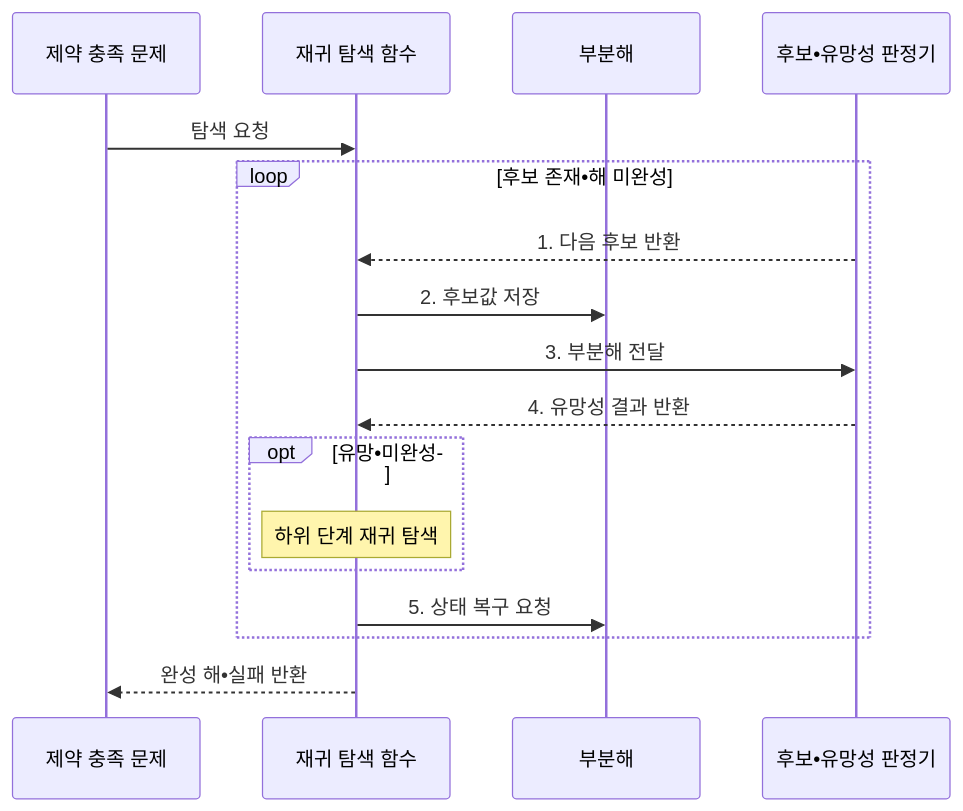
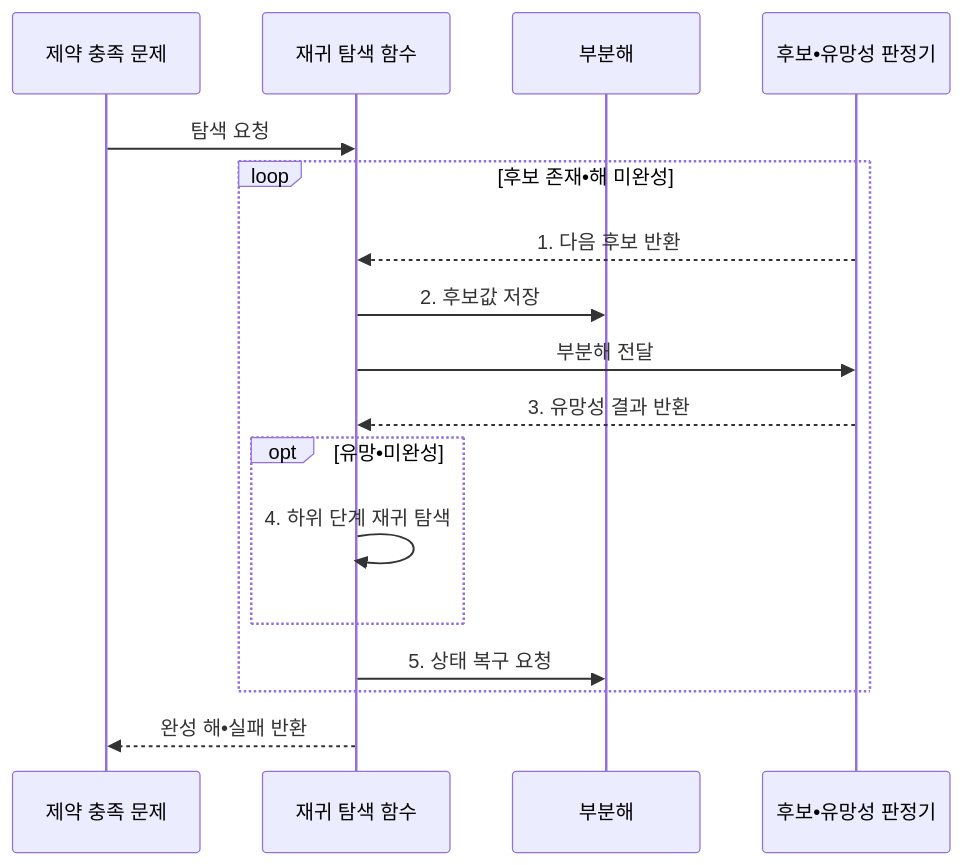
One commit to agnusdei1207/knowledge-base changed the second of 2 diagrams in src/content/docs/notes/01-basic-theory/016_backtracking.md. Above: the diagram before and after it, drawn with Mermaid. The commit also changed other lines of this file and 6 other files, not shown here.

````diff
--- a/src/content/docs/notes/01-basic-theory/016_backtracking.md
+++ b/src/content/docs/notes/01-basic-theory/016_backtracking.md
@@ -102,19 +102,19 @@
 ```mermaid
 sequenceDiagram
     participant Q as 제약 충족 문제
     participant R as 재귀 탐색 함수
     participant P as 부분해
     participant V as 후보•유망성 판정기
     Q->>R: 탐색 요청
     loop 후보 존재•해 미완성
         V-->>R: 1. 다음 후보 반환
         R->>P: 2. 후보값 저장
-        R->>V: 3. 부분해 전달
-        V-->>R: 4. 유망성 결과 반환
+        R->>V: 부분해 전달
+        V-->>R: 3. 유망성 결과 반환
         opt 유망•미완성
-            Note over R: 하위 단계 재귀 탐색
+            R->>R: 4. 하위 단계 재귀 탐색
         end
         R->>P: 5. 상태 복구 요청
     end
     R-->>Q: 완성 해•실패 반환
 ```
````
